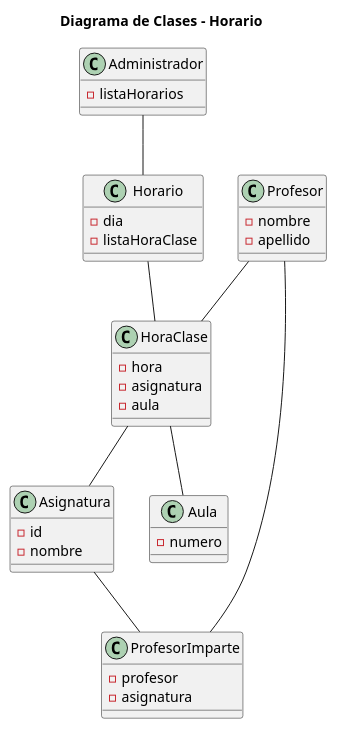
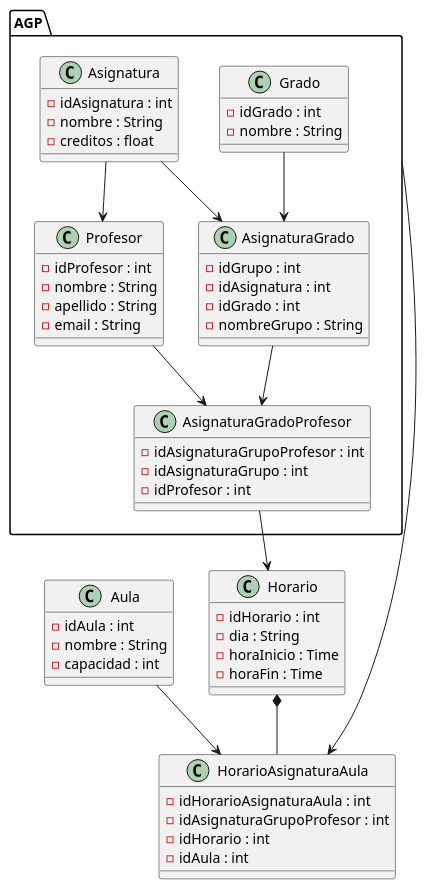
Before and after one commit to mmasias/24-25-IdSw1-SDR: the diagram in modeloDelDominio/plantUML/DiagramaDeClases.puml, drawn with PlantUML.

```diff
--- a/modeloDelDominio/plantUML/DiagramaDeClases.puml
+++ b/modeloDelDominio/plantUML/DiagramaDeClases.puml
@@ -1,40 +1,65 @@
 @startuml
-title Diagrama de Clases - Horario
+package "AGP" {
+  class Grado {
+    - idGrado : int
+    - nombre : String
+  }
 
-class Administrador {
-    - listaHorarios
-}
-class Profesor {
-    - nombre
-    - apellido
-}
-class Asignatura {
-    - id
-    - nombre
-}
-class Aula {
-    - numero
-}
-class Horario {
-    - dia
-    - listaHoraClase
-}
-class HoraClase {
-    - hora
-    - asignatura
-    - aula
-}
-class ProfesorImparte {
-    - profesor
-    - asignatura
+  class Asignatura {
+    - idAsignatura : int
+    - nombre : String
+    - creditos : float
+  }
+
+  class AsignaturaGrado {
+    - idGrupo : int
+    - idAsignatura : int
+    - idGrado : int
+    - nombreGrupo : String
+  }
+
+  class AsignaturaGradoProfesor {
+    - idAsignaturaGrupoProfesor : int
+    - idAsignaturaGrupo : int
+    - idProfesor : int
+  }
+
+  class Profesor {
+    - idProfesor : int
+    - nombre : String
+    - apellido : String
+    - email : String
+  }
+  
+  Asignatura --> Profesor
+  Grado --> AsignaturaGrado
+  Asignatura --> AsignaturaGrado
+  AsignaturaGrado --> AsignaturaGradoProfesor
+  Profesor --> AsignaturaGradoProfesor
 }
 
-Administrador -- Horario
-Horario -- HoraClase
-HoraClase -- Asignatura
-HoraClase -- Aula
-Profesor -- HoraClase
-Profesor -- ProfesorImparte
-Asignatura -- ProfesorImparte
+class Horario {
+  - idHorario : int
+  - dia : String
+  - horaInicio : Time
+  - horaFin : Time
+}
 
+class HorarioAsignaturaAula {
+  - idHorarioAsignaturaAula : int
+  - idAsignaturaGrupoProfesor : int
+  - idHorario : int
+  - idAula : int
+}
+
+class Aula {
+  - idAula : int
+  - nombre : String
+  - capacidad : int
+}
+
+AsignaturaGradoProfesor --> Horario
+Horario *-- HorarioAsignaturaAula
+Aula --> HorarioAsignaturaAula
+"AGP" --> HorarioAsignaturaAula
 @enduml
```
